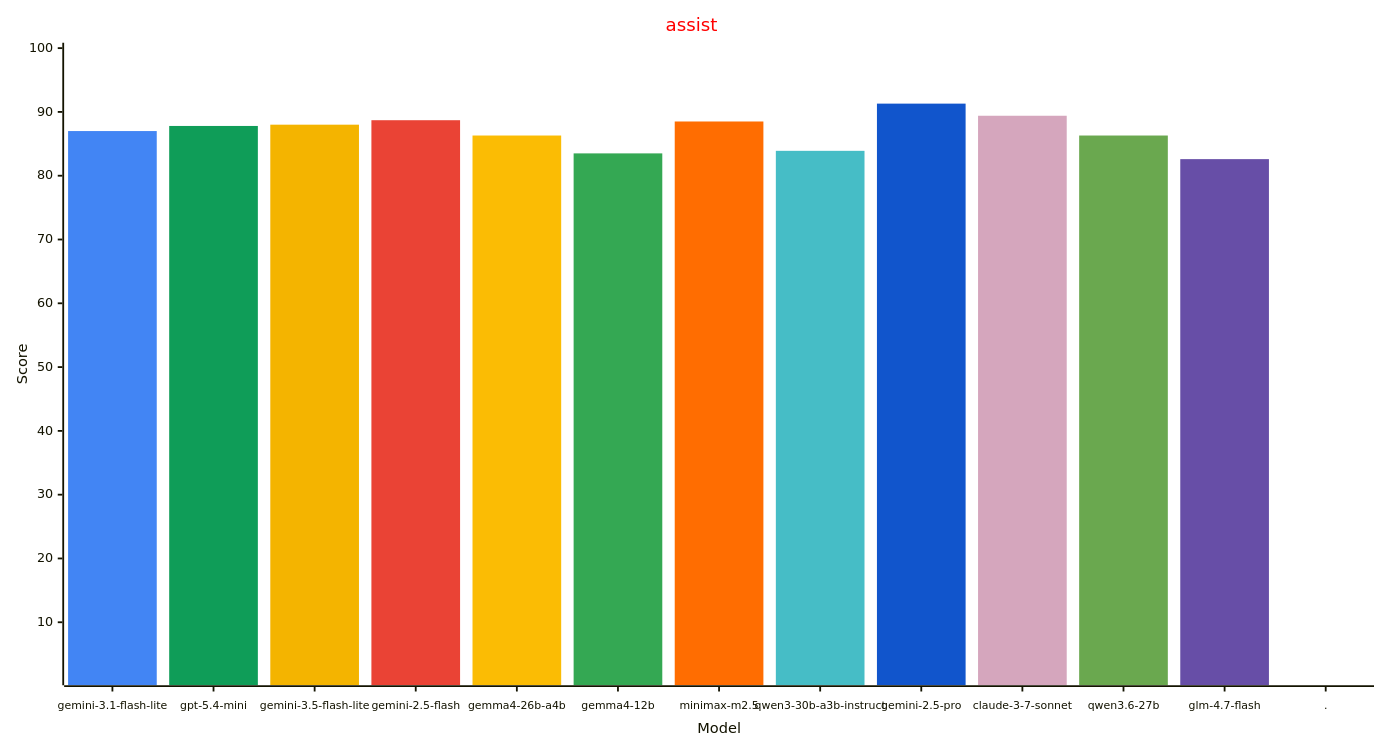
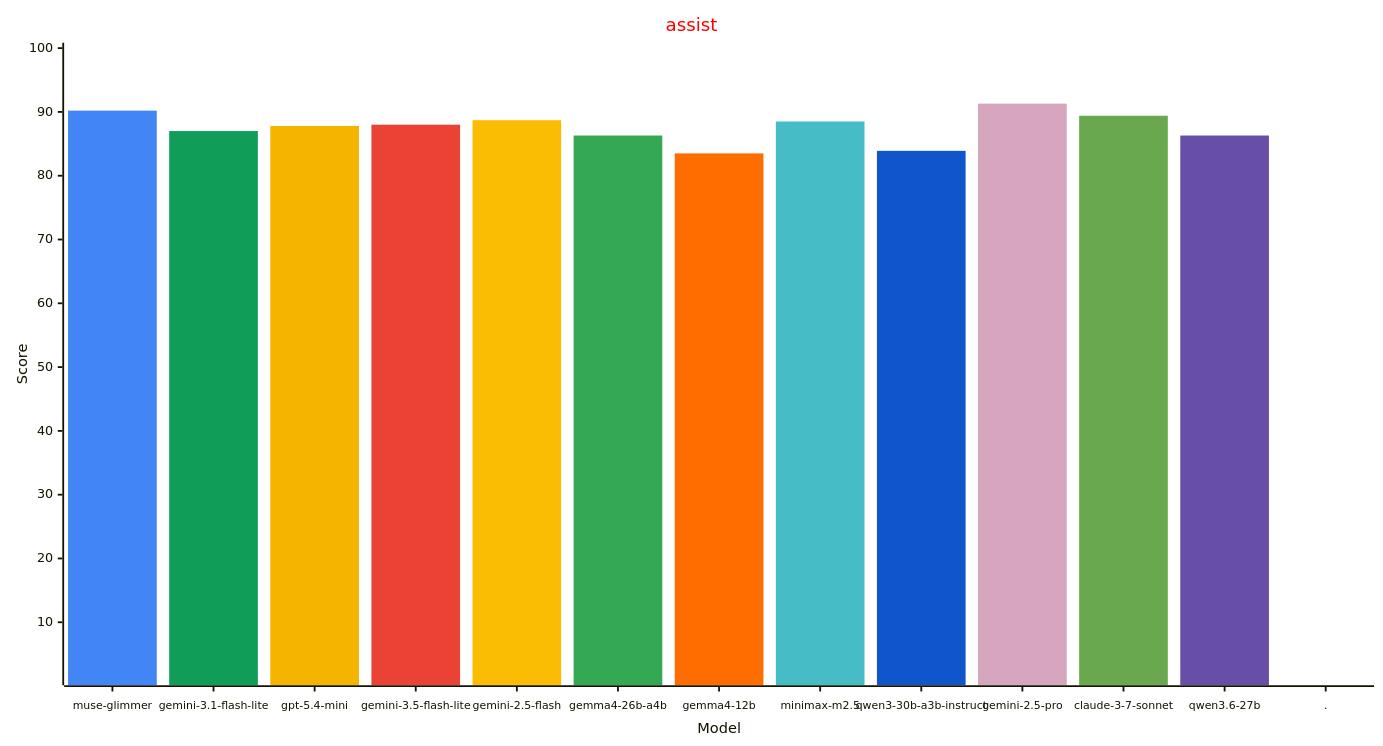
The first of 4 diagrams in reports/README.md (allenporter/home-assistant-datasets), drawn with Mermaid before and after one commit. The commit also changed other lines of this file and 1087 other files, not shown here.

First line of the commit message:
Add report for Muse Glimmer (#339)

````diff
--- a/reports/README.md
+++ b/reports/README.md
@@ -72,33 +73,33 @@
 ```mermaid
 ---
 config:
     xyChart:
         width: 1500
         height: 800
         xAxis:
           labelFontSize: 12
           labelPadding: 8
     themeVariables:
         xyChart:
             titleColor: "#ff0000"
             plotColorPalette: "#4285f4, #0f9d58, #f4b400, #ea4335, #fbbc04, #34a853, #ff6d01, #46bdc6, #1155cc, #d5a6bd, #6aa84f, #674ea7, #4285f4"
 
 ---
 xychart-beta
   title "assist"
-  x-axis "Model" [gemini-3.1-flash-lite, gpt-5.4-mini, gemini-3.5-flash-lite, gemini-2.5-flash, gemma4-26b-a4b, gemma4-12b, minimax-m2.5, qwen3-30b-a3b-instruct, gemini-2.5-pro, claude-3-7-sonnet, qwen3.6-27b, glm-4.7-flash, .]
+  x-axis "Model" [muse-glimmer, gemini-3.1-flash-lite, gpt-5.4-mini, gemini-3.5-flash-lite, gemini-2.5-flash, gemma4-26b-a4b, gemma4-12b, minimax-m2.5, qwen3-30b-a3b-instruct, gemini-2.5-pro, claude-3-7-sonnet, qwen3.6-27b, .]
   y-axis "Score" 1 --> 100
-  bar [87.0, 0.0, 0.0, 0.0, 0.0, 0.0, 0.0, 0.0, 0.0, 0.0, 0.0, 0.0, 0.0]
-  bar [0.0, 87.8, 0.0, 0.0, 0.0, 0.0, 0.0, 0.0, 0.0, 0.0, 0.0, 0.0, 0.0]
-  bar [0.0, 0.0, 88.0, 0.0, 0.0, 0.0, 0.0, 0.0, 0.0, 0.0, 0.0, 0.0, 0.0]
-  bar [0.0, 0.0, 0.0, 88.7, 0.0, 0.0, 0.0, 0.0, 0.0, 0.0, 0.0, 0.0, 0.0]
-  bar [0.0, 0.0, 0.0, 0.0, 86.3, 0.0, 0.0, 0.0, 0.0, 0.0, 0.0, 0.0, 0.0]
-  bar [0.0, 0.0, 0.0, 0.0, 0.0, 83.5, 0.0, 0.0, 0.0, 0.0, 0.0, 0.0, 0.0]
-  bar [0.0, 0.0, 0.0, 0.0, 0.0, 0.0, 88.5, 0.0, 0.0, 0.0, 0.0, 0.0, 0.0]
-  bar [0.0, 0.0, 0.0, 0.0, 0.0, 0.0, 0.0, 83.9, 0.0, 0.0, 0.0, 0.0, 0.0]
-  bar [0.0, 0.0, 0.0, 0.0, 0.0, 0.0, 0.0, 0.0, 91.3, 0.0, 0.0, 0.0, 0.0]
-  bar [0.0, 0.0, 0.0, 0.0, 0.0, 0.0, 0.0, 0.0, 0.0, 89.4, 0.0, 0.0, 0.0]
-  bar [0.0, 0.0, 0.0, 0.0, 0.0, 0.0, 0.0, 0.0, 0.0, 0.0, 86.3, 0.0, 0.0]
-  bar [0.0, 0.0, 0.0, 0.0, 0.0, 0.0, 0.0, 0.0, 0.0, 0.0, 0.0, 82.6, 0.0]
+  bar [90.2, 0.0, 0.0, 0.0, 0.0, 0.0, 0.0, 0.0, 0.0, 0.0, 0.0, 0.0, 0.0]
+  bar [0.0, 87.0, 0.0, 0.0, 0.0, 0.0, 0.0, 0.0, 0.0, 0.0, 0.0, 0.0, 0.0]
+  bar [0.0, 0.0, 87.8, 0.0, 0.0, 0.0, 0.0, 0.0, 0.0, 0.0, 0.0, 0.0, 0.0]
+  bar [0.0, 0.0, 0.0, 88.0, 0.0, 0.0, 0.0, 0.0, 0.0, 0.0, 0.0, 0.0, 0.0]
+  bar [0.0, 0.0, 0.0, 0.0, 88.7, 0.0, 0.0, 0.0, 0.0, 0.0, 0.0, 0.0, 0.0]
+  bar [0.0, 0.0, 0.0, 0.0, 0.0, 86.3, 0.0, 0.0, 0.0, 0.0, 0.0, 0.0, 0.0]
+  bar [0.0, 0.0, 0.0, 0.0, 0.0, 0.0, 83.5, 0.0, 0.0, 0.0, 0.0, 0.0, 0.0]
+  bar [0.0, 0.0, 0.0, 0.0, 0.0, 0.0, 0.0, 88.5, 0.0, 0.0, 0.0, 0.0, 0.0]
+  bar [0.0, 0.0, 0.0, 0.0, 0.0, 0.0, 0.0, 0.0, 83.9, 0.0, 0.0, 0.0, 0.0]
+  bar [0.0, 0.0, 0.0, 0.0, 0.0, 0.0, 0.0, 0.0, 0.0, 91.3, 0.0, 0.0, 0.0]
+  bar [0.0, 0.0, 0.0, 0.0, 0.0, 0.0, 0.0, 0.0, 0.0, 0.0, 89.4, 0.0, 0.0]
+  bar [0.0, 0.0, 0.0, 0.0, 0.0, 0.0, 0.0, 0.0, 0.0, 0.0, 0.0, 86.3, 0.0]
   bar [0.0, 0.0, 0.0, 0.0, 0.0, 0.0, 0.0, 0.0, 0.0, 0.0, 0.0, 0.0, -1.0]
 ```
````
